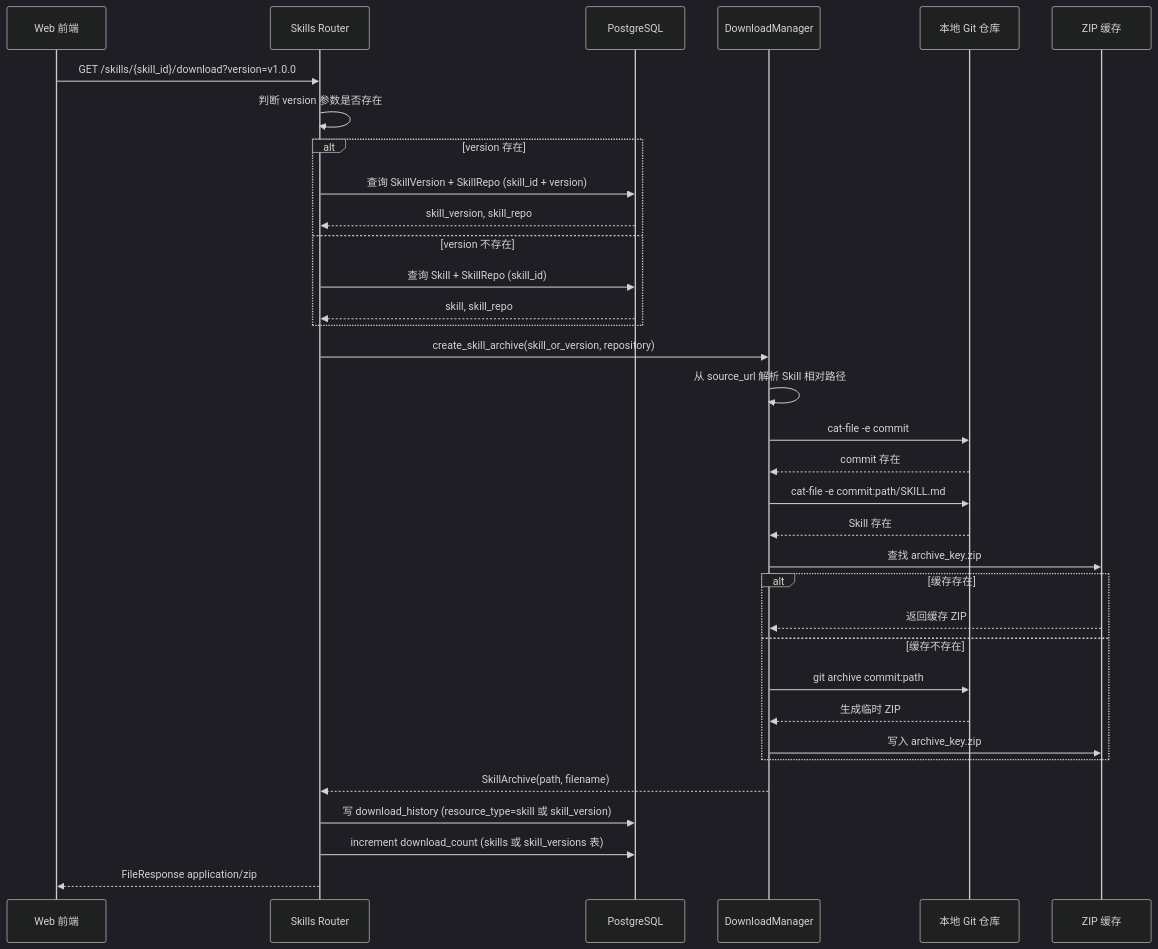
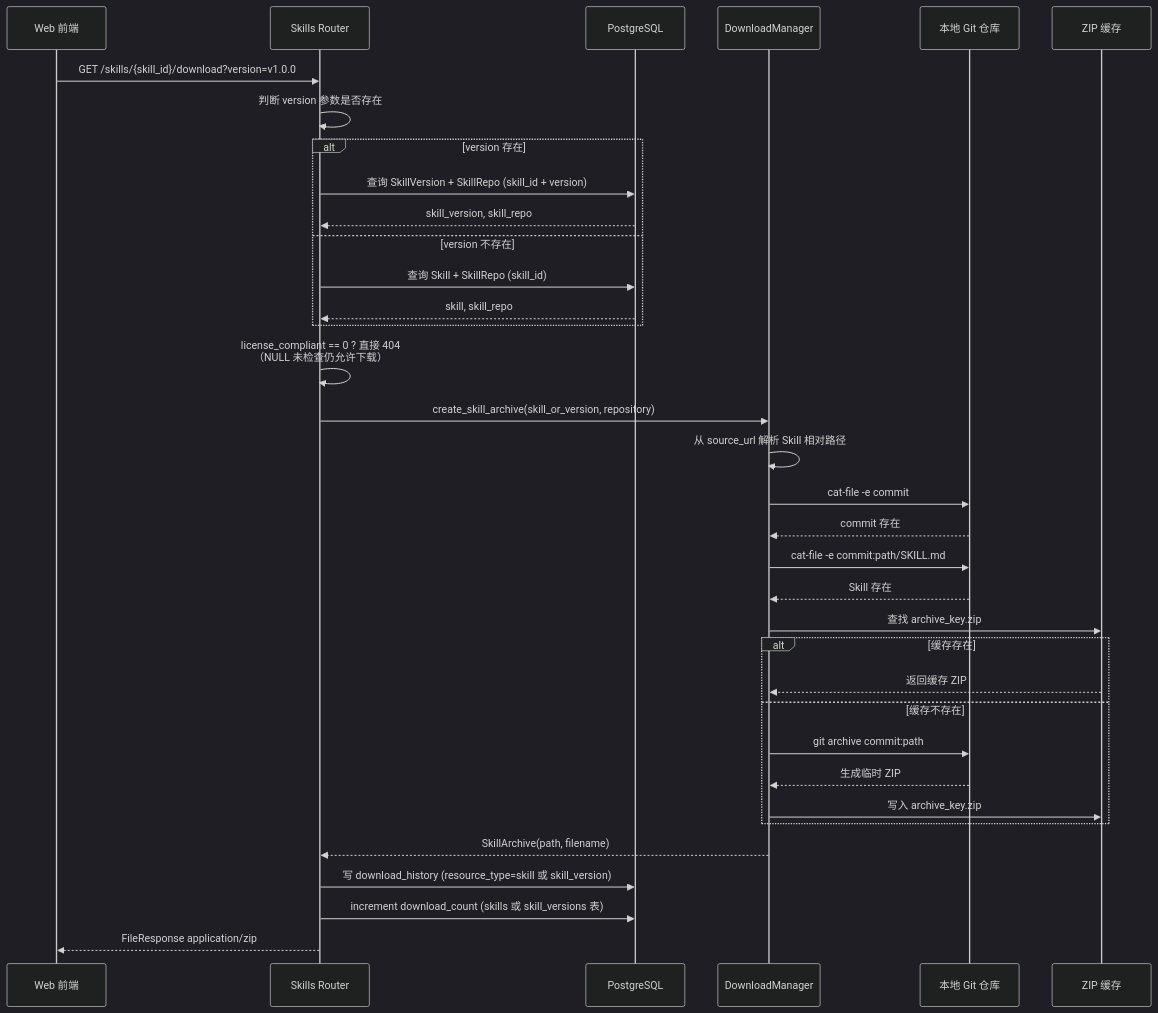
One commit to openeuler-mirror/skillhub changed the fourth of 5 diagrams in docs/design/skill-download-design.md. Above: the diagram before and after it, drawn with Mermaid (dark theme). The commit also changed other lines of this file and 9 other files, not shown here.

````diff
--- a/docs/design/skill-download-design.md
+++ b/docs/design/skill-download-design.md
@@ -327,37 +327,38 @@
 ```mermaid
 sequenceDiagram
     participant Web as Web 前端
     participant API as Skills Router
     participant DB as PostgreSQL
     participant DM as DownloadManager
     participant Git as 本地 Git 仓库
     participant Cache as ZIP 缓存
 
     Web->>API: GET /skills/{skill_id}/download?version=v1.0.0
     API->>API: 判断 version 参数是否存在
     alt version 存在
         API->>DB: 查询 SkillVersion + SkillRepo (skill_id + version)
         DB-->>API: skill_version, skill_repo
     else version 不存在
         API->>DB: 查询 Skill + SkillRepo (skill_id)
         DB-->>API: skill, skill_repo
     end
+    API->>API: license_compliant == 0 ? 直接 404<br/>（NULL 未检查仍允许下载）
     API->>DM: create_skill_archive(skill_or_version, repository)
     DM->>DM: 从 source_url 解析 Skill 相对路径
     DM->>Git: cat-file -e commit
     Git-->>DM: commit 存在
     DM->>Git: cat-file -e commit:path/SKILL.md
     Git-->>DM: Skill 存在
     DM->>Cache: 查找 archive_key.zip
     alt 缓存存在
         Cache-->>DM: 返回缓存 ZIP
     else 缓存不存在
         DM->>Git: git archive commit:path
         Git-->>DM: 生成临时 ZIP
         DM->>Cache: 写入 archive_key.zip
     end
     DM-->>API: SkillArchive(path, filename)
     API->>DB: 写 download_history (resource_type=skill 或 skill_version)
     API->>DB: increment download_count (skills 或 skill_versions 表)
     API-->>Web: FileResponse application/zip
 ```
````
